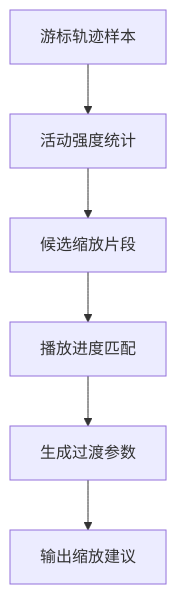
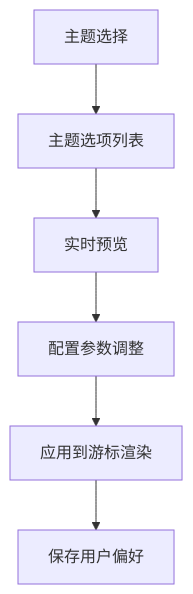
One commit to zhanggmin/openscreen changed the seventh of 9 diagrams in .qoder/repowiki/zh/content/游标遥测系统/游标遥测系统.md. Above: the diagram before and after it, drawn with Mermaid. The commit also changed other lines of this file and 68 other files, not shown here.

Commit message:
开发图文编辑功能

````diff
--- a/.qoder/repowiki/zh/content/游标遥测系统/游标遥测系统.md
+++ b/.qoder/repowiki/zh/content/游标遥测系统/游标遥测系统.md
@@ -274,8 +322,8 @@
 ```mermaid
 flowchart TD
-A["游标轨迹样本"] --> B["活动强度统计"]
-B --> C["候选缩放片段"]
-C --> D["播放进度匹配"]
-D --> E["生成过渡参数"]
-E --> F["输出缩放建议"]
+ThemeSelect["主题选择"] --> ThemeOptions["主题选项列表"]
+ThemeOptions --> Preview["实时预览"]
+Preview --> Config["配置参数调整"]
+Config --> Apply["应用到游标渲染"]
+Apply --> Save["保存用户偏好"]
 ```
````
